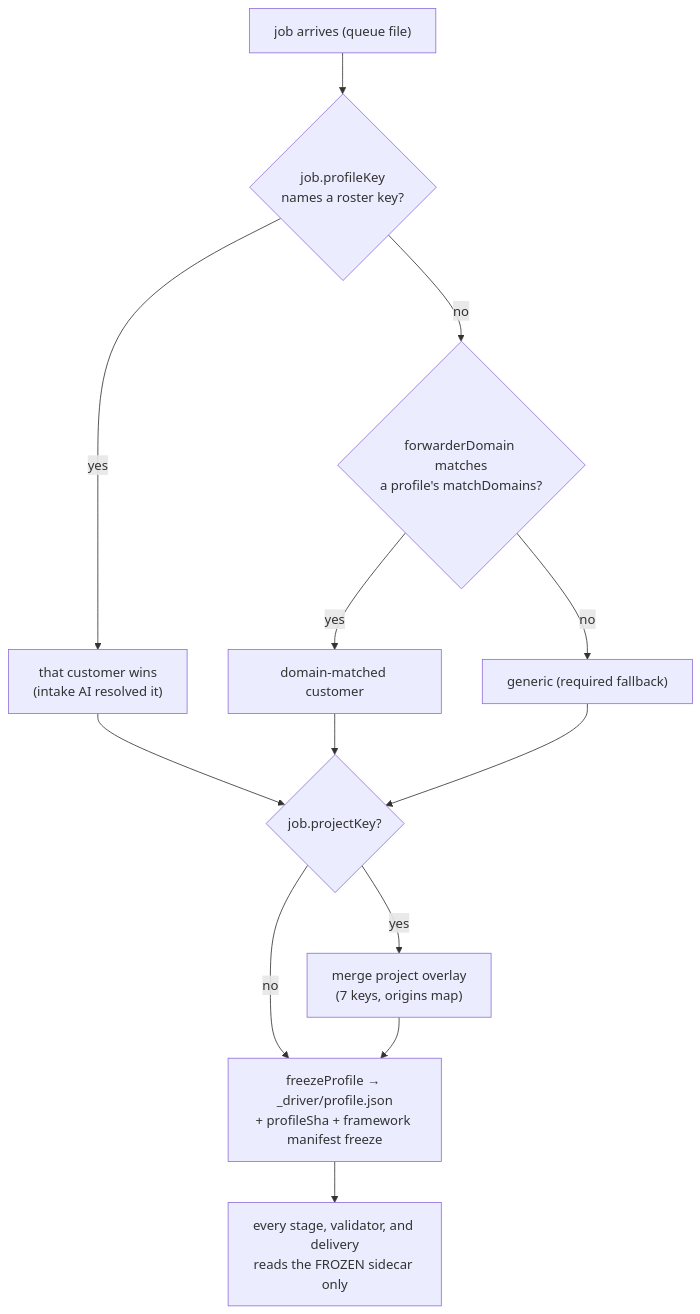
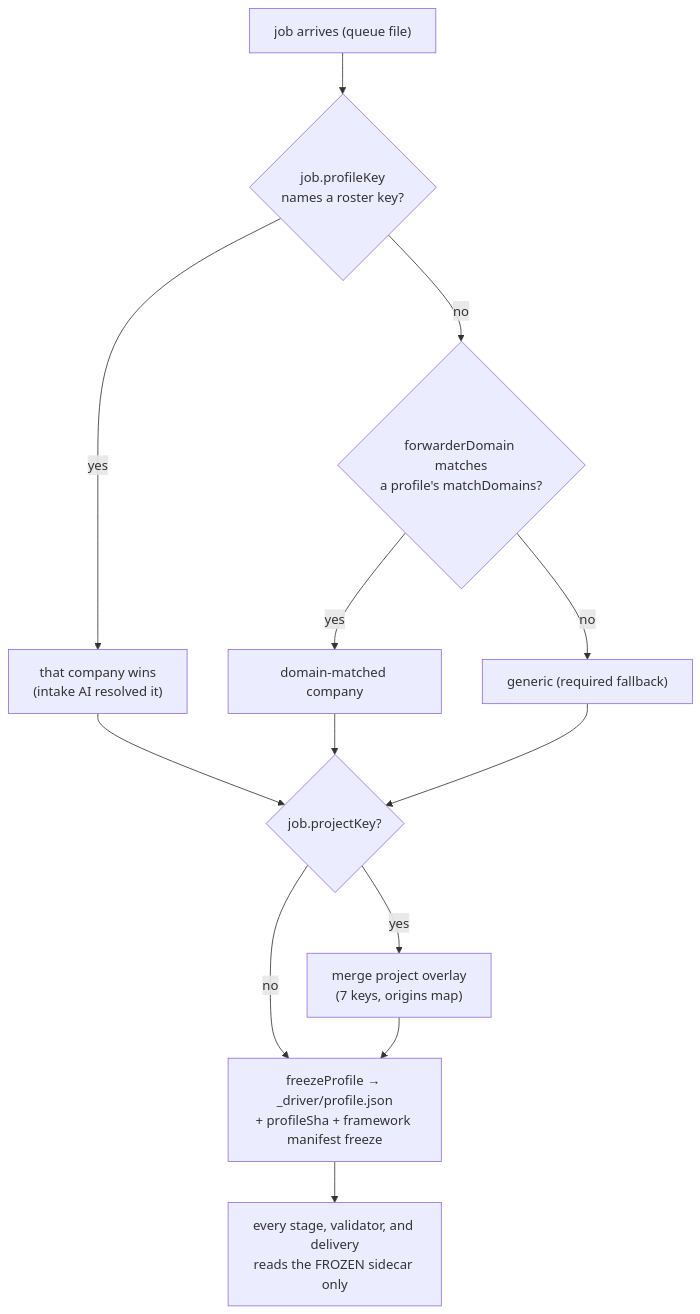
The diagram in docs/architecture/05-customer-profiles.md (CordilleraSarl/clearotron), drawn with Mermaid before and after one commit. The commit also changed other lines of this file and 25 other files, not shown here.

````diff
--- a/docs/architecture/05-customer-profiles.md
+++ b/docs/architecture/05-customer-profiles.md
@@ -86,15 +86,15 @@
 ```mermaid
 flowchart TD
     J["job arrives (queue file)"] --> PK{"job.profileKey<br/>names a roster key?"}
-    PK -- yes --> P1["that customer wins<br/>(intake AI resolved it)"]
+    PK -- yes --> P1["that company wins<br/>(intake AI resolved it)"]
     PK -- no --> FD{"forwarderDomain matches<br/>a profile's matchDomains?"}
-    FD -- yes --> P2["domain-matched customer"]
+    FD -- yes --> P2["domain-matched company"]
     FD -- no --> P3["generic (required fallback)"]
     P1 --> PROJ{"job.projectKey?"}
     P2 --> PROJ
     P3 --> PROJ
     PROJ -- yes --> OV["merge project overlay<br/>(7 keys, origins map)"]
     PROJ -- no --> FR
     OV --> FR["freezeProfile → _driver/profile.json<br/>+ profileSha + framework manifest freeze"]
     FR --> RUN["every stage, validator, and delivery<br/>reads the FROZEN sidecar only"]
 ```
````
